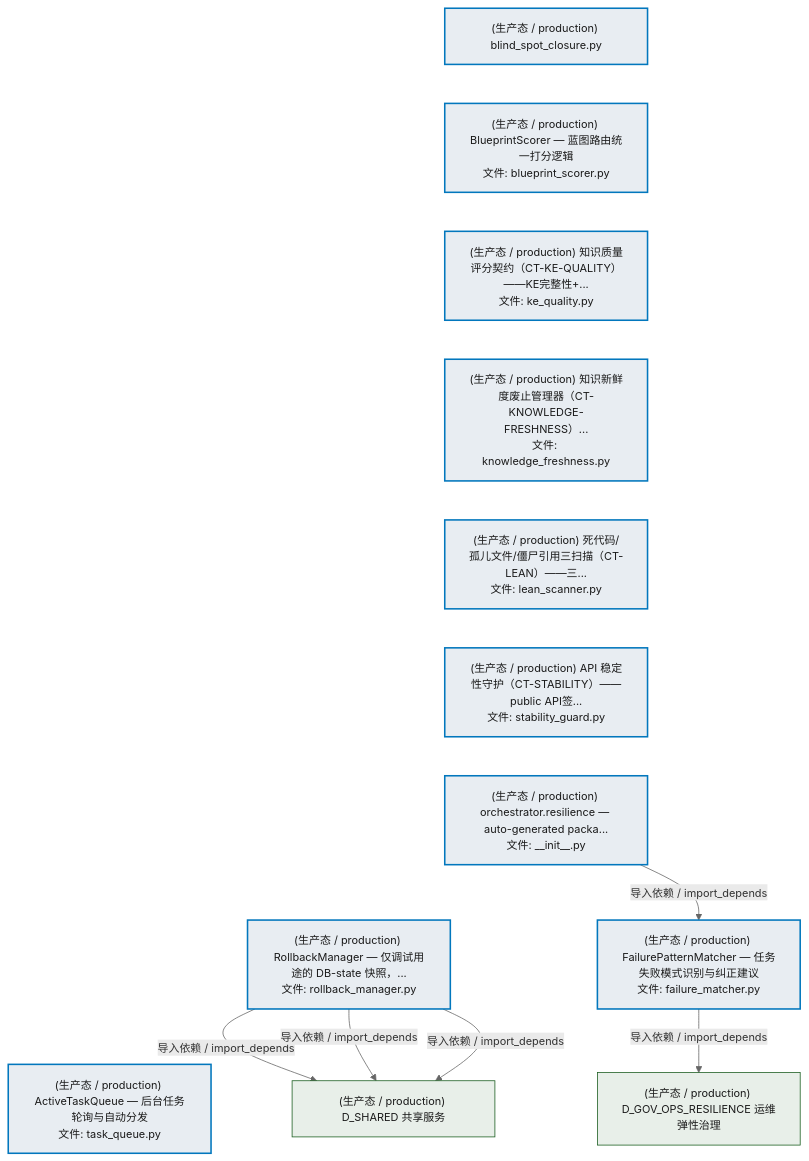
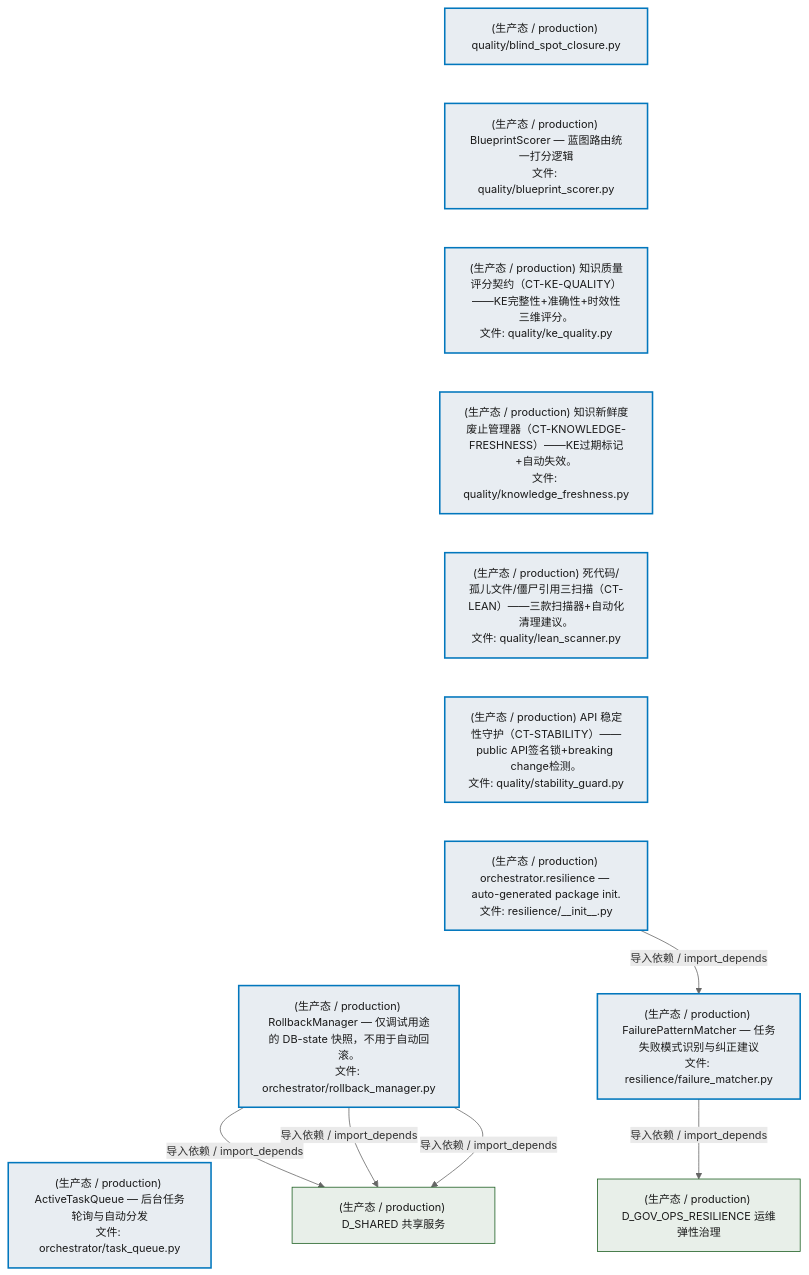
The third of 5 diagrams in docs/02_enterprise_architecture/02_domain_architecture_docs/25_d_orchestrator.md (xuanFelixVan/ZephyrAlpha), drawn with Mermaid before and after one commit. The commit also changed other lines of this file and 63 other files, not shown here.

````diff
--- a/docs/02_enterprise_architecture/02_domain_architecture_docs/25_d_orchestrator.md
+++ b/docs/02_enterprise_architecture/02_domain_architecture_docs/25_d_orchestrator.md
@@ -331,35 +331,35 @@
 ```mermaid
 %%{init: {'theme': 'base', 'themeVariables': {'primaryColor': '#eaeaea', 'primaryTextColor': '#333333', 'primaryBorderColor': '#666666', 'lineColor': '#666666', 'secondaryColor': '#eaeaea', 'tertiaryColor': '#eaeaea', 'fontSize': '14px'}}}%%
 flowchart TD
-    src_zephyr_orchestrator_quality_blind_spot_closure_py["(生产态 / production) blind_spot_closure.py"]
-    src_zephyr_orchestrator_quality_blueprint_scorer_py["(生产态 / production) BlueprintScorer — 蓝图路由统一打分逻辑<br/>文件: blueprint_scorer.py"]
-    src_zephyr_orchestrator_quality_ke_quality_py["(生产态 / production) 知识质量评分契约（CT-KE-QUALITY）——KE完整性+...<br/>文件: ke_quality.py"]
-    src_zephyr_orchestrator_quality_knowledge_freshness_py["(生产态 / production) 知识新鲜度废止管理器（CT-KNOWLEDGE-FRESHNESS）...<br/>文件: knowledge_freshness.py"]
-    src_zephyr_orchestrator_quality_lean_scanner_py["(生产态 / production) 死代码/孤儿文件/僵尸引用三扫描（CT-LEAN）——三...<br/>文件: lean_scanner.py"]
-    src_zephyr_orchestrator_quality_stability_guard_py["(生产态 / production) API 稳定性守护（CT-STABILITY）——public API签...<br/>文件: stability_guard.py"]
-    src_zephyr_orchestrator_resilience_init_py["(生产态 / production) orchestrator.resilience — auto-generated packa...<br/>文件: __init__.py"]
-    src_zephyr_orchestrator_rollback_manager_py["(生产态 / production) RollbackManager — 仅调试用途的 DB-state 快照，...<br/>文件: rollback_manager.py"]
-    src_zephyr_orchestrator_task_queue_py["(生产态 / production) ActiveTaskQueue — 后台任务轮询与自动分发<br/>文件: task_queue.py"]
+    src_zephyr_orchestrator_quality_blind_spot_closure_py["(生产态 / production) quality/blind_spot_closure.py"]
+    src_zephyr_orchestrator_quality_blueprint_scorer_py["(生产态 / production) BlueprintScorer — 蓝图路由统一打分逻辑<br/>文件: quality/blueprint_scorer.py"]
+    src_zephyr_orchestrator_quality_ke_quality_py["(生产态 / production) 知识质量评分契约（CT-KE-QUALITY）——KE完整性+准确性+时效性三维评分。<br/>文件: quality/ke_quality.py"]
+    src_zephyr_orchestrator_quality_knowledge_freshness_py["(生产态 / production) 知识新鲜度废止管理器（CT-KNOWLEDGE-FRESHNESS）——KE过期标记+自动失效。<br/>文件: quality/knowledge_freshness.py"]
+    src_zephyr_orchestrator_quality_lean_scanner_py["(生产态 / production) 死代码/孤儿文件/僵尸引用三扫描（CT-LEAN）——三款扫描器+自动化清理建议。<br/>文件: quality/lean_scanner.py"]
+    src_zephyr_orchestrator_quality_stability_guard_py["(生产态 / production) API 稳定性守护（CT-STABILITY）——public API签名锁+breaking change检测。<br/>文件: quality/stability_guard.py"]
+    src_zephyr_orchestrator_resilience_init_py["(生产态 / production) orchestrator.resilience — auto-generated package init.<br/>文件: resilience/__init__.py"]
+    src_zephyr_orchestrator_rollback_manager_py["(生产态 / production) RollbackManager — 仅调试用途的 DB-state 快照，不用于自动回滚。<br/>文件: orchestrator/rollback_manager.py"]
+    src_zephyr_orchestrator_task_queue_py["(生产态 / production) ActiveTaskQueue — 后台任务轮询与自动分发<br/>文件: orchestrator/task_queue.py"]
     src_zephyr_orchestrator_quality_blind_spot_closure_py ~~~ src_zephyr_orchestrator_quality_blueprint_scorer_py
     src_zephyr_orchestrator_quality_blueprint_scorer_py ~~~ src_zephyr_orchestrator_quality_ke_quality_py
     src_zephyr_orchestrator_quality_ke_quality_py ~~~ src_zephyr_orchestrator_quality_knowledge_freshness_py
     src_zephyr_orchestrator_quality_knowledge_freshness_py ~~~ src_zephyr_orchestrator_quality_lean_scanner_py
     src_zephyr_orchestrator_quality_lean_scanner_py ~~~ src_zephyr_orchestrator_quality_stability_guard_py
     src_zephyr_orchestrator_quality_stability_guard_py ~~~ src_zephyr_orchestrator_resilience_init_py
     src_zephyr_orchestrator_resilience_init_py ~~~ src_zephyr_orchestrator_rollback_manager_py
     src_zephyr_orchestrator_rollback_manager_py ~~~ src_zephyr_orchestrator_task_queue_py
-    src_zephyr_orchestrator_resilience_failure_matcher_py["(生产态 / production) FailurePatternMatcher — 任务失败模式识别与纠正建议<br/>文件: failure_matcher.py"]
+    src_zephyr_orchestrator_resilience_failure_matcher_py["(生产态 / production) FailurePatternMatcher — 任务失败模式识别与纠正建议<br/>文件: resilience/failure_matcher.py"]
     src_zephyr_orchestrator_resilience_init_py -->|导入依赖 / import_depends| src_zephyr_orchestrator_resilience_failure_matcher_py
     D_SHARED["(生产态 / production) D_SHARED 共享服务"]
     src_zephyr_orchestrator_rollback_manager_py -->|导入依赖 / import_depends| D_SHARED
     src_zephyr_orchestrator_rollback_manager_py -->|导入依赖 / import_depends| D_SHARED
     src_zephyr_orchestrator_rollback_manager_py -->|导入依赖 / import_depends| D_SHARED
     D_GOV_OPS_RESILIENCE["(生产态 / production) D_GOV_OPS_RESILIENCE 运维弹性治理"]
     src_zephyr_orchestrator_resilience_failure_matcher_py -->|导入依赖 / import_depends| D_GOV_OPS_RESILIENCE
     classDef production fill:#e8edf2,stroke:#0277bd,stroke-width:2px,color:#1a1a1a
     classDef design fill:#f0ebe3,stroke:#bf360c,stroke-width:2px,color:#1a1a1a,stroke-dasharray: 5 5
     classDef external_prod fill:#e8efe9,stroke:#1b5e20,stroke-width:1px,color:#1a1a1a
     classDef external_design fill:#efe5ea,stroke:#880e4f,stroke-width:1px,color:#1a1a1a,stroke-dasharray: 5 5
     class src_zephyr_orchestrator_quality_blind_spot_closure_py,src_zephyr_orchestrator_quality_blueprint_scorer_py,src_zephyr_orchestrator_quality_ke_quality_py,src_zephyr_orchestrator_quality_knowledge_freshness_py,src_zephyr_orchestrator_quality_lean_scanner_py,src_zephyr_orchestrator_quality_stability_guard_py,src_zephyr_orchestrator_resilience_init_py,src_zephyr_orchestrator_resilience_failure_matcher_py,src_zephyr_orchestrator_rollback_manager_py,src_zephyr_orchestrator_task_queue_py production
     class D_SHARED,D_GOV_OPS_RESILIENCE external_prod
 ```
````
